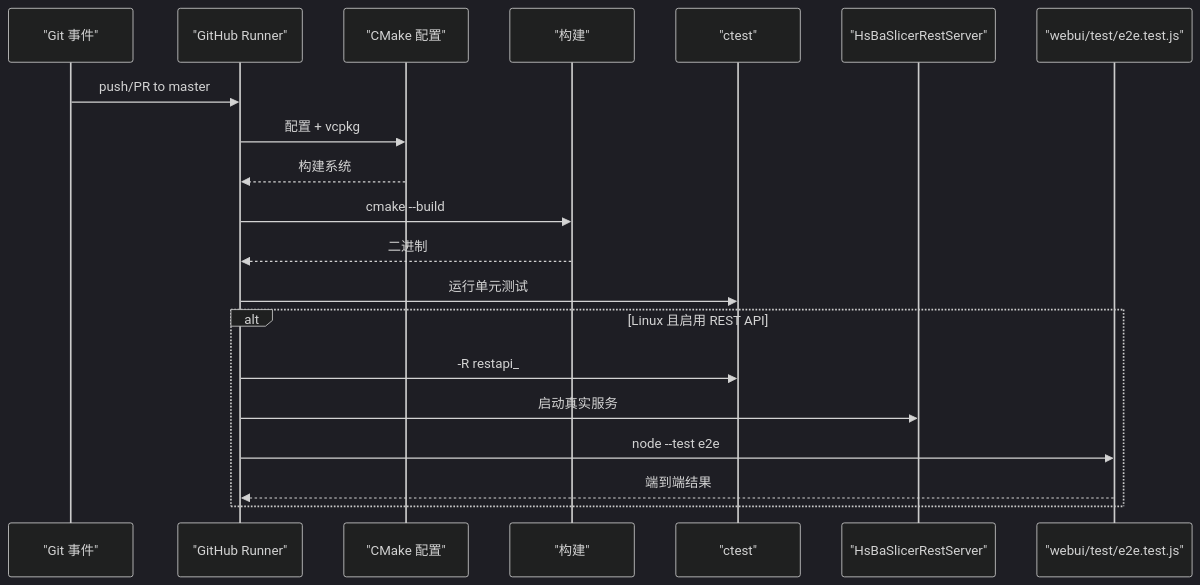
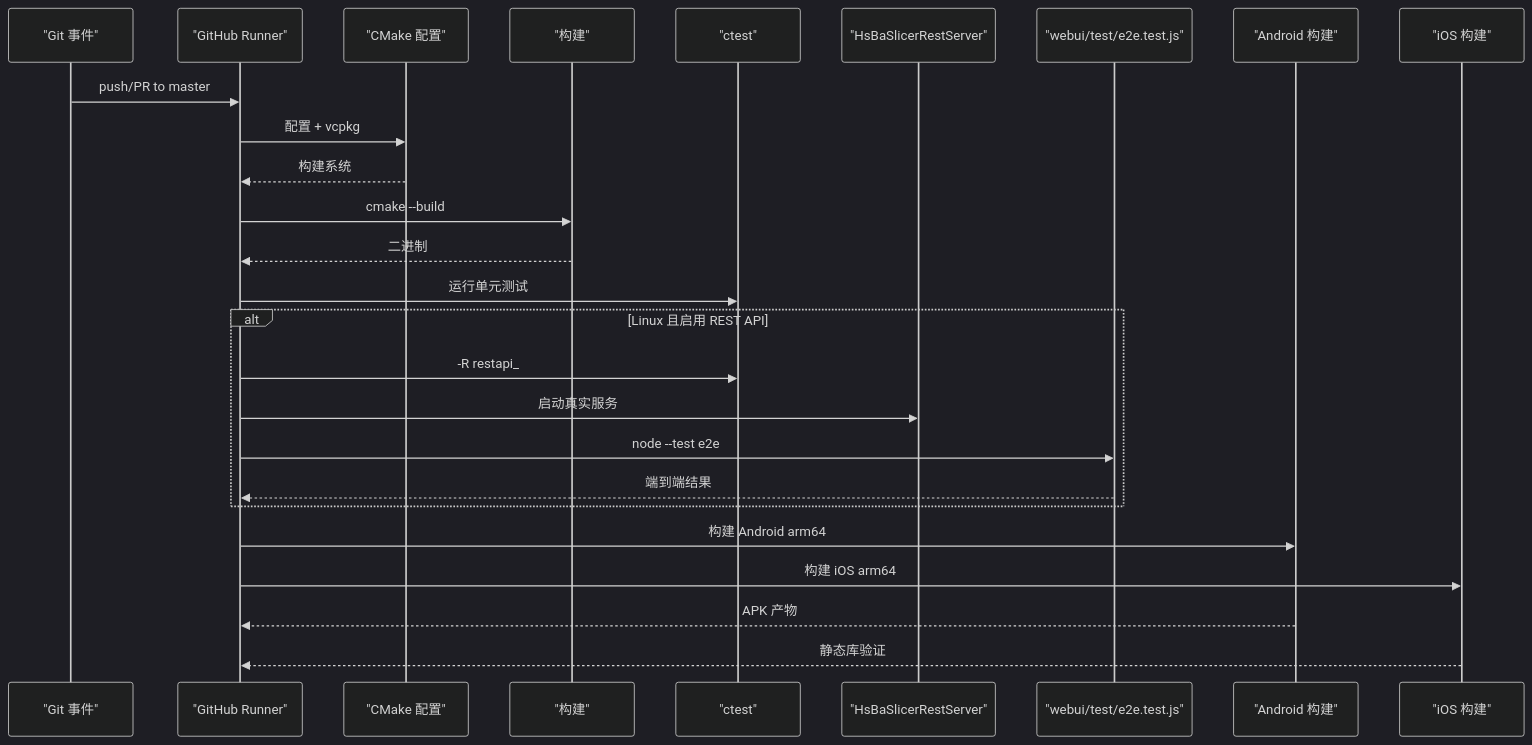
Before and after one commit to hsmbanlance/HsBaSlicer: the sixth of 12 diagrams in .qoder/repowiki/zh/content/开发测试与贡献/CI_CD流水线增强.md, drawn with Mermaid (dark theme). The commit also changed other lines of this file and 66 other files, not shown here.

````diff
--- a/.qoder/repowiki/zh/content/开发测试与贡献/CI_CD流水线增强.md
+++ b/.qoder/repowiki/zh/content/开发测试与贡献/CI_CD流水线增强.md
@@ -162,22 +264,28 @@
 ```mermaid
 sequenceDiagram
 participant Git as "Git 事件"
 participant Runner as "GitHub Runner"
 participant CMake as "CMake 配置"
 participant Build as "构建"
 participant Ctest as "ctest"
 participant Server as "HsBaSlicerRestServer"
 participant Node as "webui/test/e2e.test.js"
+participant Android as "Android 构建"
+participant iOS as "iOS 构建"
 Git->>Runner : push/PR to master
 Runner->>CMake : 配置 + vcpkg
 CMake-->>Runner : 构建系统
 Runner->>Build : cmake --build
 Build-->>Runner : 二进制
 Runner->>Ctest : 运行单元测试
 alt Linux 且启用 REST API
 Runner->>Ctest : -R restapi_
 Runner->>Server : 启动真实服务
 Runner->>Node : node --test e2e
 Node-->>Runner : 端到端结果
 end
+Runner->>Android : 构建 Android arm64
+Runner->>iOS : 构建 iOS arm64
+Android-->>Runner : APK 产物
+iOS-->>Runner : 静态库验证
 ```
````
